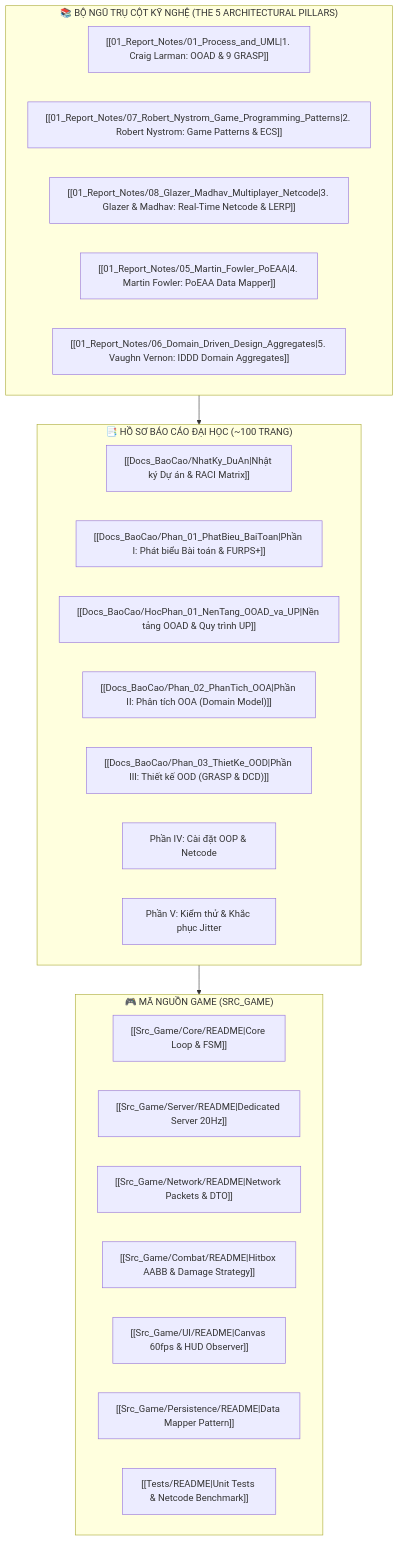
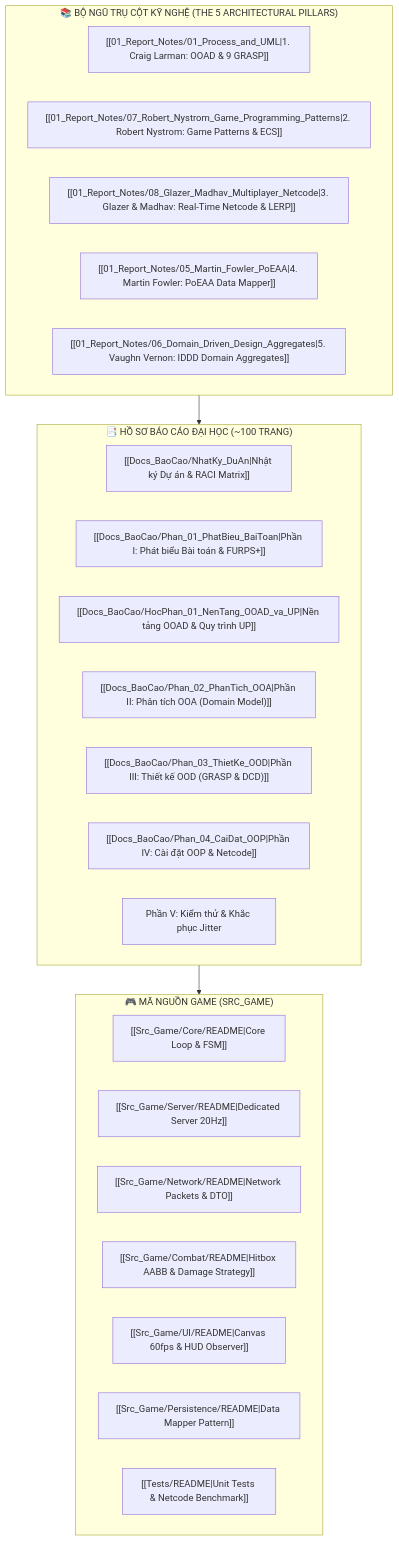
Before and after one commit to Tran1209/UML-Patterns-Mastery: the diagram in DASHBOARD.md, drawn with Mermaid. The commit also changed other lines of this file and 17 other files, not shown here.

````diff
--- a/DASHBOARD.md
+++ b/DASHBOARD.md
@@ -29,33 +29,33 @@
 ```mermaid
 flowchart TD
     subgraph KB["📚 BỘ NGŨ TRỤ CỘT KỸ NGHỆ (THE 5 ARCHITECTURAL PILLARS)"]
         K1["[[01_Report_Notes/01_Process_and_UML|1. Craig Larman: OOAD & 9 GRASP]]"]
         K2["[[01_Report_Notes/07_Robert_Nystrom_Game_Programming_Patterns|2. Robert Nystrom: Game Patterns & ECS]]"]
         K3["[[01_Report_Notes/08_Glazer_Madhav_Multiplayer_Netcode|3. Glazer & Madhav: Real-Time Netcode & LERP]]"]
         K4["[[01_Report_Notes/05_Martin_Fowler_PoEAA|4. Martin Fowler: PoEAA Data Mapper]]"]
         K5["[[01_Report_Notes/06_Domain_Driven_Design_Aggregates|5. Vaughn Vernon: IDDD Domain Aggregates]]"]
     end
 
     subgraph REPORT["📑 HỒ SƠ BÁO CÁO ĐẠI HỌC (~100 TRANG)"]
         R0["[[Docs_BaoCao/NhatKy_DuAn|Nhật ký Dự án & RACI Matrix]]"]
         R1["[[Docs_BaoCao/Phan_01_PhatBieu_BaiToan|Phần I: Phát biểu Bài toán & FURPS+]]"]
         R2["[[Docs_BaoCao/HocPhan_01_NenTang_OOAD_va_UP|Nền tảng OOAD & Quy trình UP]]"]
         R3["[[Docs_BaoCao/Phan_02_PhanTich_OOA|Phần II: Phân tích OOA (Domain Model)]]"]
         R4["[[Docs_BaoCao/Phan_03_ThietKe_OOD|Phần III: Thiết kế OOD (GRASP & DCD)]]"]
-        R5["Phần IV: Cài đặt OOP & Netcode"]
+        R5["[[Docs_BaoCao/Phan_04_CaiDat_OOP|Phần IV: Cài đặt OOP & Netcode]]"]
         R6["Phần V: Kiểm thử & Khắc phục Jitter"]
     end
 
     subgraph CODE["🎮 MÃ NGUỒN GAME (SRC_GAME)"]
         C1["[[Src_Game/Core/README|Core Loop & FSM]]"]
         C2["[[Src_Game/Server/README|Dedicated Server 20Hz]]"]
         C3["[[Src_Game/Network/README|Network Packets & DTO]]"]
         C4["[[Src_Game/Combat/README|Hitbox AABB & Damage Strategy]]"]
         C5["[[Src_Game/UI/README|Canvas 60fps & HUD Observer]]"]
         C6["[[Src_Game/Persistence/README|Data Mapper Pattern]]"]
         C7["[[Tests/README|Unit Tests & Netcode Benchmark]]"]
     end
 
     KB --> REPORT
     REPORT --> CODE
 ```
````
